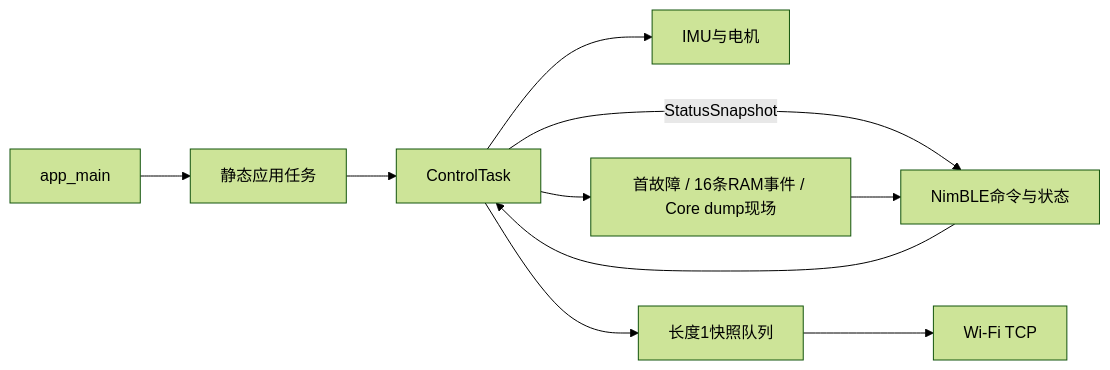
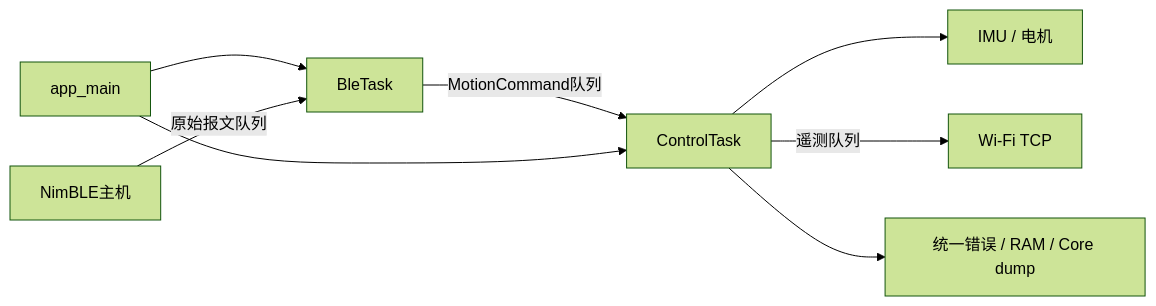
The third of 5 diagrams in docs/ADR-docs/architecture.md (welldone987/FOC_ESPIDF_balance_vehicle), drawn with Mermaid (forest theme) before and after one commit. The commit also changed other lines of this file and 32 other files, not shown here.

Commit message:
feat(ble): isolate motion task and simplify remote control

````diff
--- a/docs/ADR-docs/architecture.md
+++ b/docs/ADR-docs/architecture.md
@@ -229,12 +229,10 @@
 ```mermaid
 flowchart LR
-    Main["app_main"] --> Tasks["静态应用任务"]
-    BLE["NimBLE命令与状态"] --> Control["ControlTask"]
-    Control -->|"StatusSnapshot"| BLE
-    Tasks --> Control
-    Control --> BSP["IMU与电机"]
-    Control --> Queue["长度1快照队列"]
-    Queue --> Wifi["Wi-Fi TCP"]
-    Control --> Diagnostics["首故障 / 16条RAM事件 / Core dump现场"]
-    Diagnostics --> BLE
+    Main[app_main] --> BLE[BleTask]
+    Host[NimBLE主机] -->|原始报文队列| BLE
+    BLE -->|MotionCommand队列| Control[ControlTask]
+    Main --> Control
+    Control --> BSP[IMU / 电机]
+    Control -->|遥测队列| Wifi[Wi-Fi TCP]
+    Control --> Diag[统一错误 / RAM / Core dump]
 ```
````
